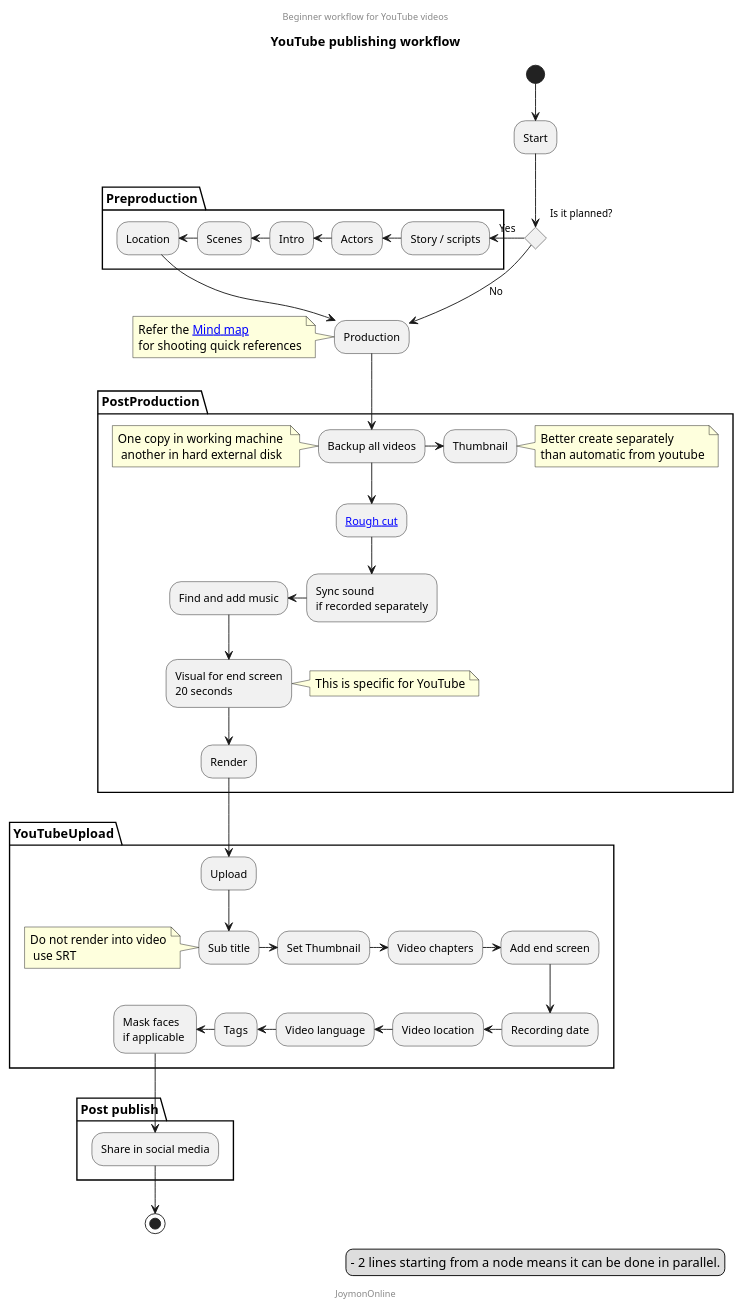
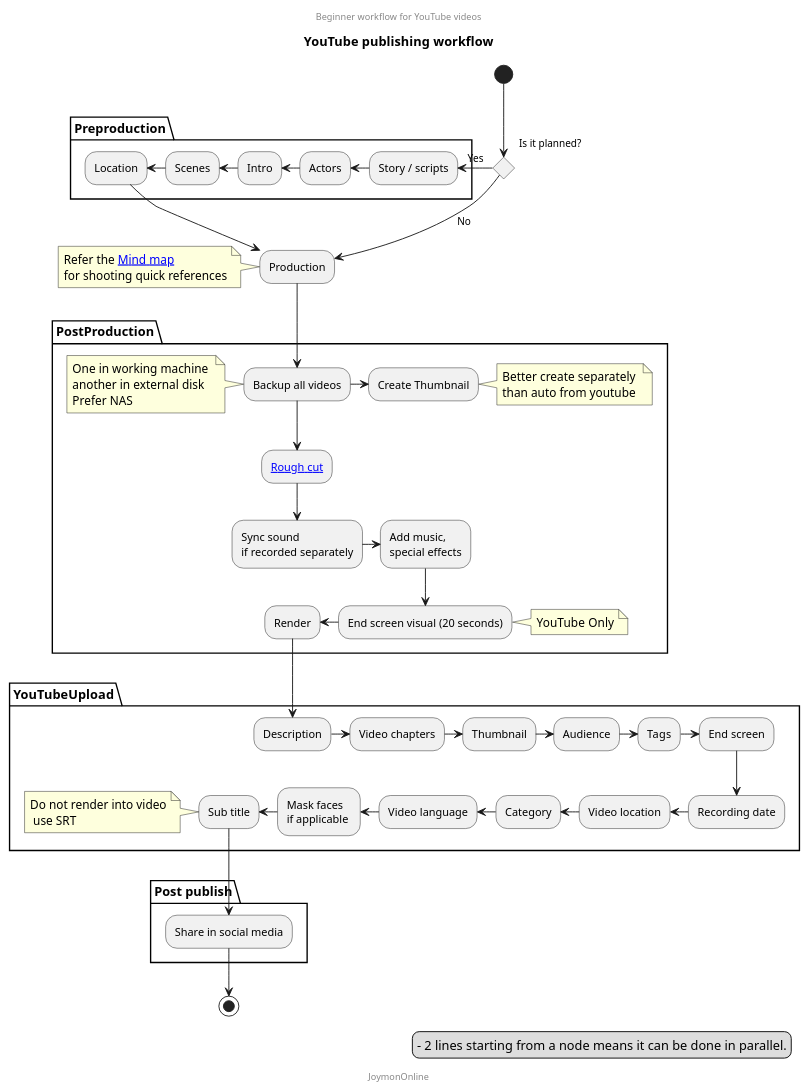
One commit to mind-maps/technology changed the diagram in media/video/beginer-youtube-workflow.puml. Above: the diagram before and after it, drawn with PlantUML. The commit also changed 1 other file, not shown here.

```diff
--- a/media/video/beginer-youtube-workflow.puml
+++ b/media/video/beginer-youtube-workflow.puml
@@ -1,57 +1,58 @@
 @startuml
 Title YouTube publishing workflow
 center header
 Beginner workflow for YouTube videos
 endheader
-(*) -->"Start"
-if "Is it planned?" then
+(*) if "Is it planned?" then
 partition "Preproduction" {
     --left> [Yes] "Story / scripts"
     --left> "Actors"
     --left> "Intro"
     --left> "Scenes"
     -left-> "Location"
 }
 --> "Production" as P
 note left:Refer the [[https://www.plantuml.com/plantuml/proxy?fmt=svg&cache=no&src=https://raw.githubusercontent.com/mind-maps/technology/master/media/video/publishing.puml Mind map]] \nfor shooting quick references
 else
 -->[No] P
 endif
 partition PostProduction {
     --> "Backup all videos" as B
-    note left:One copy in working machine \n another in hard external disk
+    note left:One in working machine \nanother in external disk\nPrefer NAS
     --> "[[https://en.wikipedia.org/wiki/Rough_cut Rough cut]]" as RC
     --> "Sync sound\nif recorded separately"
-    --left> "Find and add music"
-    --> "Visual for end screen\n20 seconds"
-    note right:This is specific for YouTube
-    --> "Render" as R
-    B -right-> "Thumbnail"
-    note right: Better create separately \nthan automatic from youtube
+    --right> "Add music,\nspecial effects"
+    --> "End screen visual (20 seconds)"
+    note right:YouTube Only
+    --left> "Render" as R
+    B -right-> "Create Thumbnail"
+    note right: Better create separately \nthan auto from youtube
 }
 partition YouTubeUpload {
 
-    R --> "Upload" as U
-    U --> "Sub title" as ST
+    R --> "Description" as U
+    U --right> "Video chapters" as VC
+    VC--right> "Thumbnail" as STN
+    STN--right> "Audience" as AUD
+    AUD --right> "Tags" as TAGS
+    TAGS --right> "End screen" as ES
+    ES --> "Recording date" as RD
+    --left> "Video location"
+    --left> "Category"
+    --left> "Video language"
+    --left> "Mask faces \nif applicable " as MF
+    --left> "Sub title" as ST
     note left:Do not render into video\n use SRT
-    ST--right> "Set Thumbnail" as STN
-    STN --right> "Video chapters" as VC
-    VC --right> "Add end screen" as ES
-    ES --> "Recording date"
-    --left> "Video location"
-    --left> "Video language"
-    --left> "Tags"
-    --left> "Mask faces \nif applicable " as MF
 }
 partition "Post publish"{
     --> "Share in social media" as SM
 
 }
 -->(*)
 center footer JoymonOnline
 
 legend right
   - 2 lines starting from a node means it can be done in parallel.
 endlegend
 
 @enduml
```
